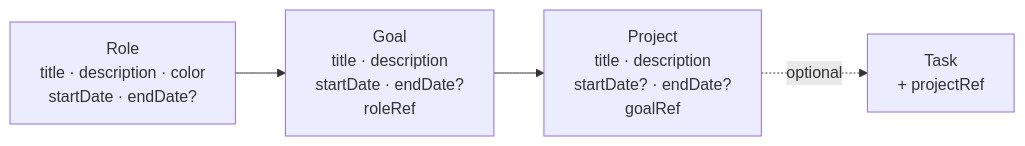
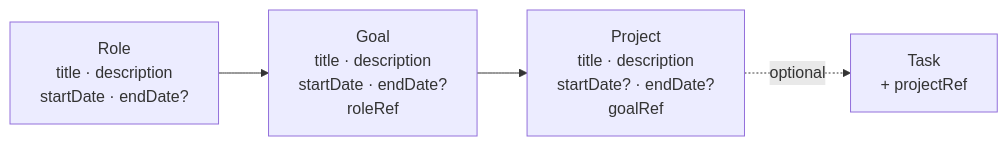
One commit to craigloewen-msft/AutoTaskCalendar changed the diagram in docs/COMPASS.md. Above: the diagram before and after it, drawn with Mermaid. The commit also changed other lines of this file and 7 other files, not shown here.

````diff
--- a/docs/COMPASS.md
+++ b/docs/COMPASS.md
@@ -48,6 +48,6 @@
 ```mermaid
 flowchart LR
-  R["Role<br/>title · description · color<br/>startDate · endDate?"] --> G["Goal<br/>title · description<br/>startDate · endDate?<br/>roleRef"]
+  R["Role<br/>title · description<br/>startDate · endDate?"] --> G["Goal<br/>title · description<br/>startDate · endDate?<br/>roleRef"]
   G --> P["Project<br/>title · description<br/>startDate? · endDate?<br/>goalRef"]
   P -.->|"optional"| T["Task<br/>+ projectRef"]
 ```
````
